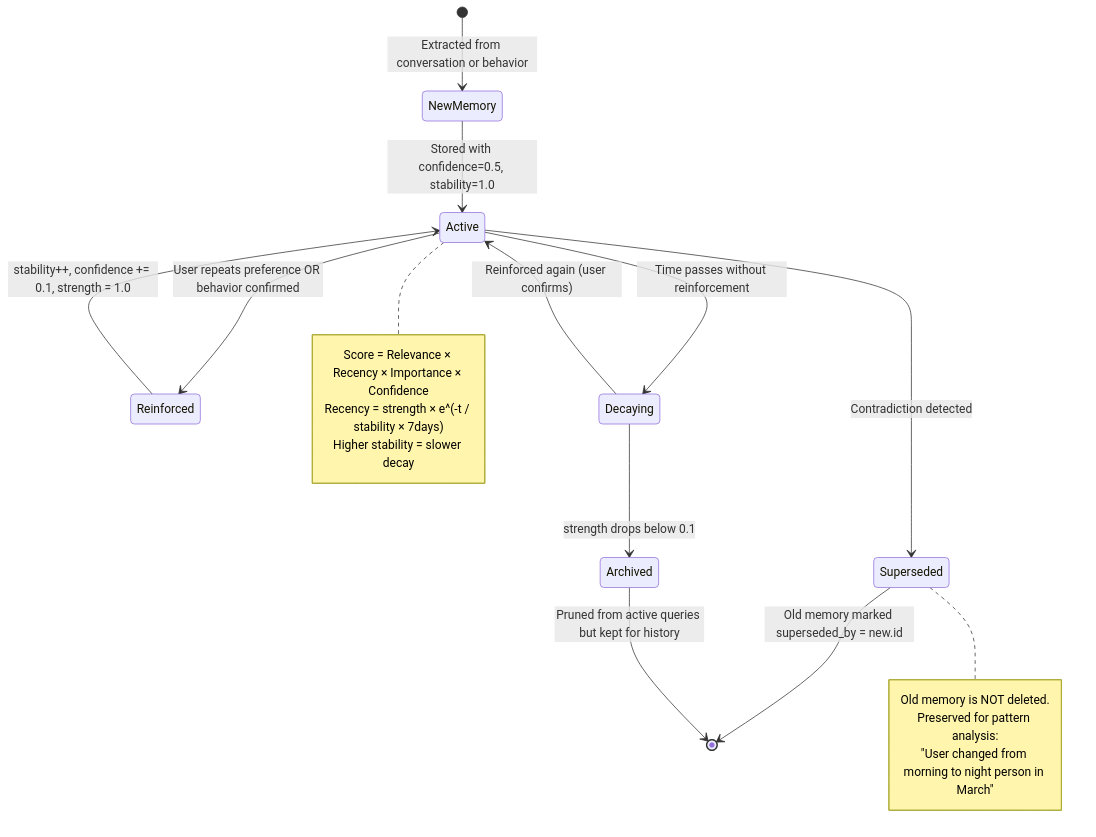
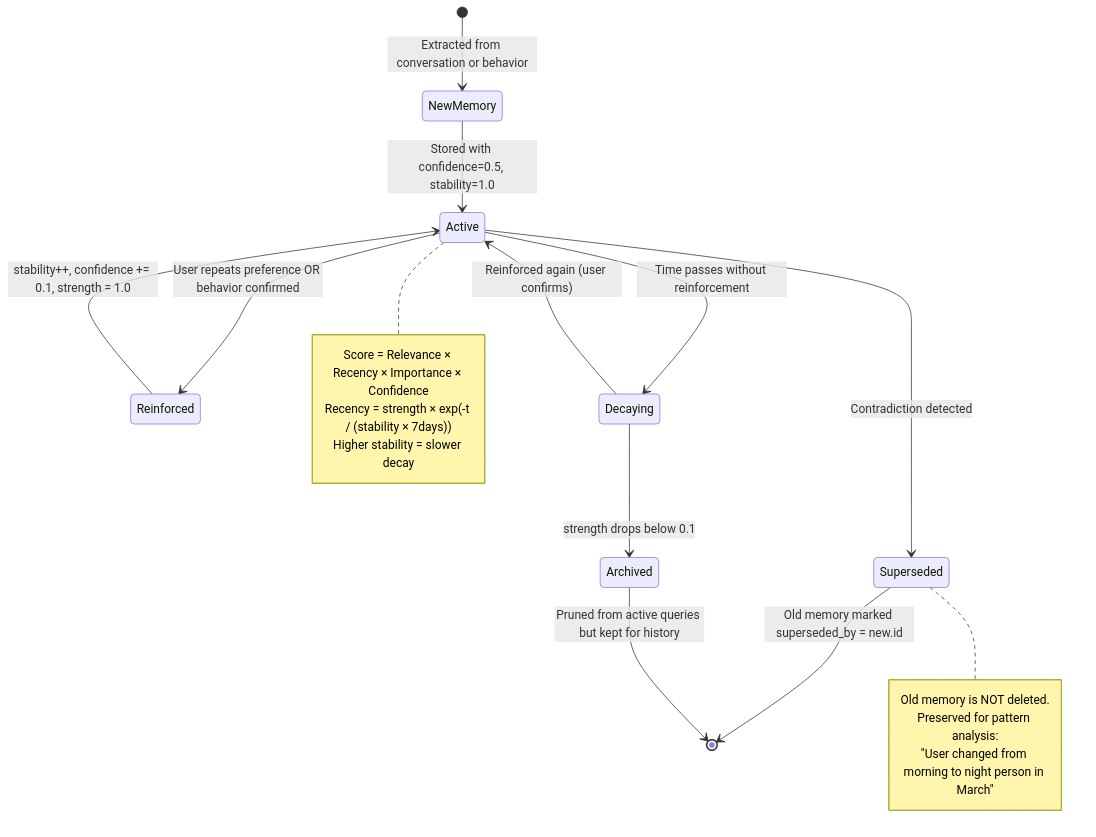
The third of 9 diagrams in docs/superpowers/specs/2026-03-28-jarvis-architecture-reset-design.md (HackHeroic/Jarvis-Engine), drawn with Mermaid before and after one commit. The commit also changed other lines of this file and 16 other files, not shown here.

````diff
--- a/docs/superpowers/specs/2026-03-28-jarvis-architecture-reset-design.md
+++ b/docs/superpowers/specs/2026-03-28-jarvis-architecture-reset-design.md
@@ -465,30 +465,30 @@
 ```mermaid
 stateDiagram-v2
     [*] --> NewMemory: Extracted from conversation or behavior
 
     NewMemory --> Active: Stored with confidence=0.5, stability=1.0
 
     Active --> Reinforced: User repeats preference OR behavior confirmed
     Reinforced --> Active: stability++, confidence += 0.1, strength = 1.0
 
     Active --> Decaying: Time passes without reinforcement
     Decaying --> Active: Reinforced again (user confirms)
     Decaying --> Archived: strength drops below 0.1
 
     Active --> Superseded: Contradiction detected
     Superseded --> [*]: Old memory marked superseded_by = new.id
 
     Archived --> [*]: Pruned from active queries but kept for history
 
     note right of Active
         Score = Relevance × Recency × Importance × Confidence
-        Recency = strength × e^(-t / stability × 7days)
+        Recency = strength × exp(-t / (stability × 7days))
         Higher stability = slower decay
     end note
 
     note right of Superseded
         Old memory is NOT deleted.
         Preserved for pattern analysis:
         "User changed from morning to night person in March"
     end note
 ```
````
